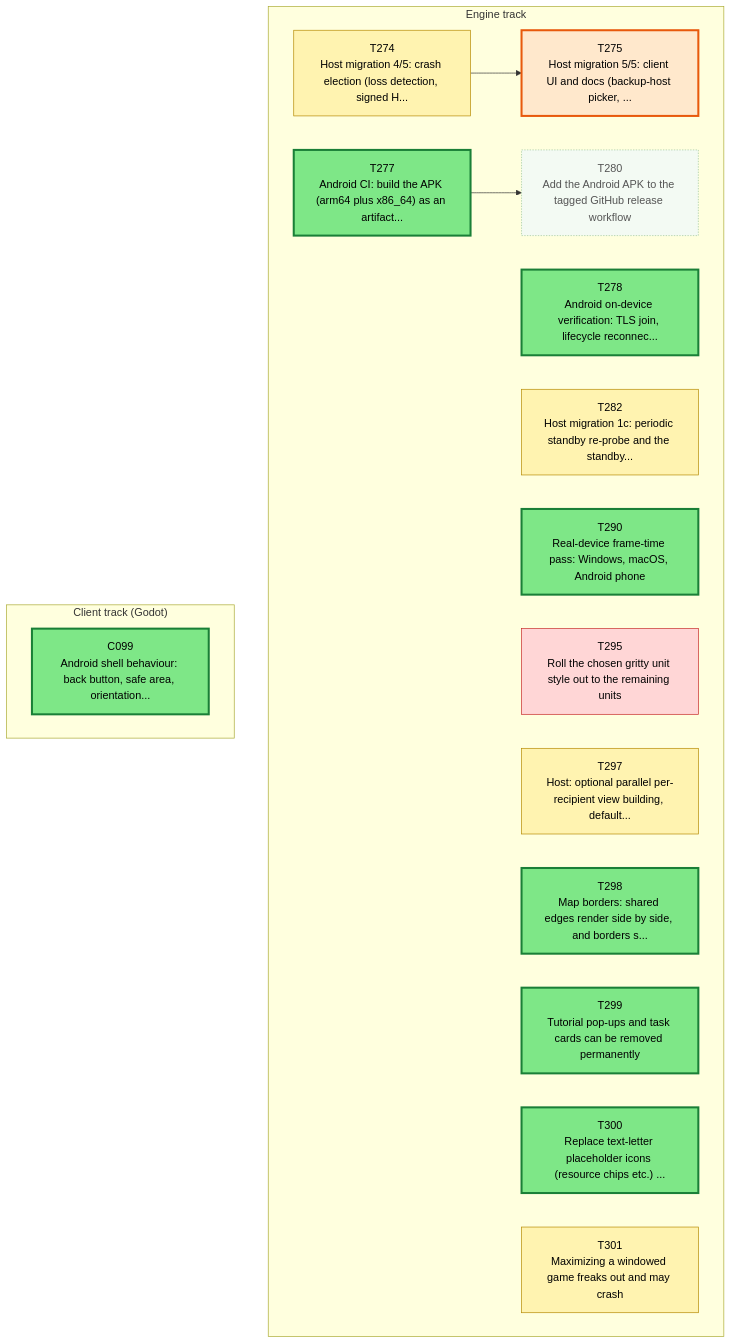
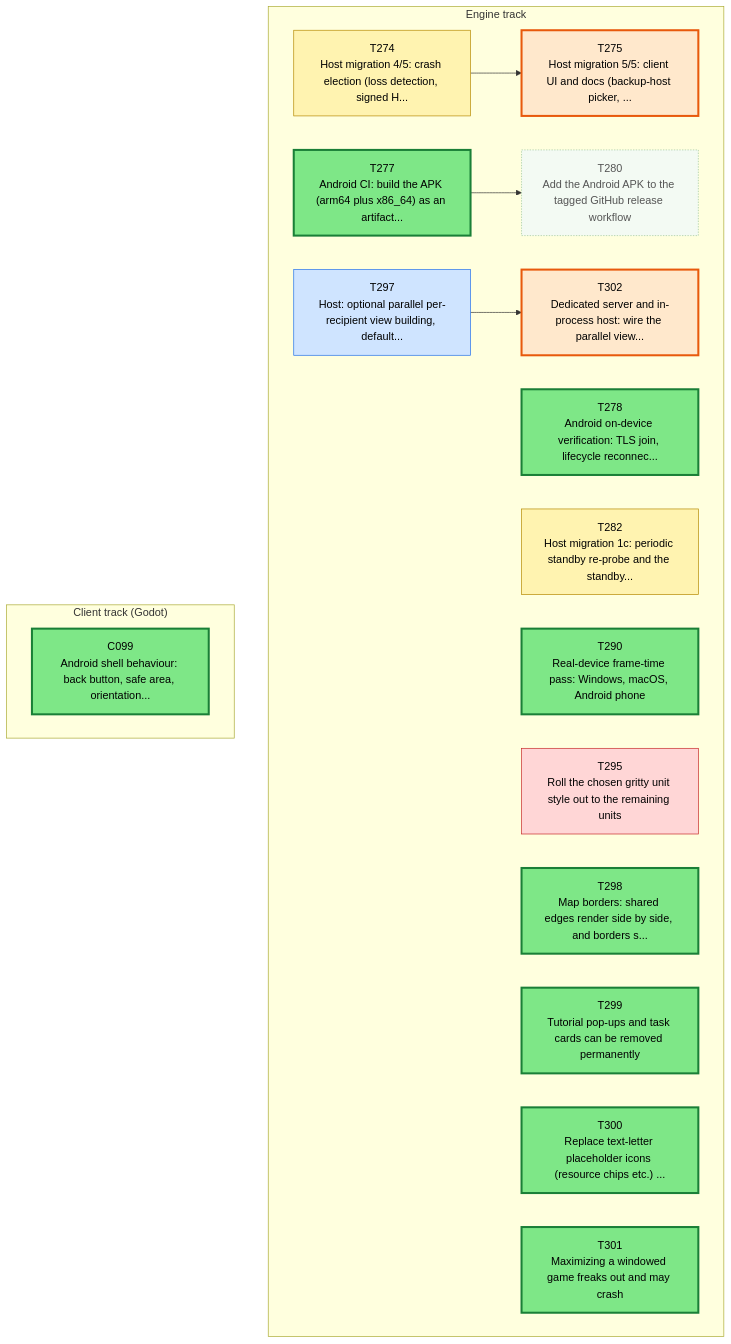
One commit to Kenmura/Unciv changed the first of 3 diagrams in csharp/migration/DEPENDENCY_MAP.md. Above: the diagram before and after it, drawn with Mermaid. The commit also changed other lines of this file and 3 other files, not shown here.

First line of the commit message:
T297: file T302 (wire option into server), phases

````diff
--- a/csharp/migration/DEPENDENCY_MAP.md
+++ b/csharp/migration/DEPENDENCY_MAP.md
@@ -35,44 +35,47 @@
 ```mermaid
 flowchart TD
   subgraph TTRACK["Engine track"]
     T274["T274<br/>Host migration 4/5: crash election (loss detection, signed H..."]
     T275["T275<br/>Host migration 5/5: client UI and docs (backup-host picker, ..."]
     T277["T277<br/>Android CI: build the APK (arm64 plus x86_64) as an artifact..."]
     T278["T278<br/>Android on-device verification: TLS join, lifecycle reconnec..."]
     T280["T280<br/>Add the Android APK to the tagged GitHub release workflow"]
     T282["T282<br/>Host migration 1c: periodic standby re-probe and the standby..."]
     T290["T290<br/>Real-device frame-time pass: Windows, macOS, Android phone"]
     T295["T295<br/>Roll the chosen gritty unit style out to the remaining units"]
     T297["T297<br/>Host: optional parallel per-recipient view building, default..."]
     T298["T298<br/>Map borders: shared edges render side by side, and borders s..."]
     T299["T299<br/>Tutorial pop-ups and task cards can be removed permanently"]
     T300["T300<br/>Replace text-letter placeholder icons (resource chips etc.) ..."]
     T301["T301<br/>Maximizing a windowed game freaks out and may crash"]
+    T302["T302<br/>Dedicated server and in-process host: wire the parallel view..."]
   end
   subgraph CTRACK["Client track (Godot)"]
     C099["C099<br/>Android shell behaviour: back button, safe area, orientation..."]
   end
   T274 --> T275
   T277 --> T280
+  T297 --> T302
   classDef waiting fill:#f3faf3,stroke:#9bc49b,color:#555,stroke-dasharray:2 2
   classDef ondeck fill:#ffe8cc,stroke:#e8590c,stroke-width:3px,color:#000
   classDef ready fill:#7ee787,stroke:#1a7f37,stroke-width:3px,color:#000
   classDef prog fill:#fff3b0,stroke:#b58900,color:#000
   classDef review fill:#cfe4ff,stroke:#1f6feb,color:#000
   classDef blocked fill:#ffd6d6,stroke:#c62828,color:#000
   classDef done fill:#eeeeee,stroke:#999999,color:#666,stroke-dasharray:4 3
   class C099 ready
   class T274 prog
   class T275 ondeck
   class T277 ready
   class T278 ready
   class T280 waiting
   class T282 prog
   class T290 ready
   class T295 blocked
-  class T297 prog
+  class T297 review
   class T298 ready
   class T299 ready
   class T300 ready
-  class T301 prog
+  class T301 ready
+  class T302 ondeck
 ```
````
